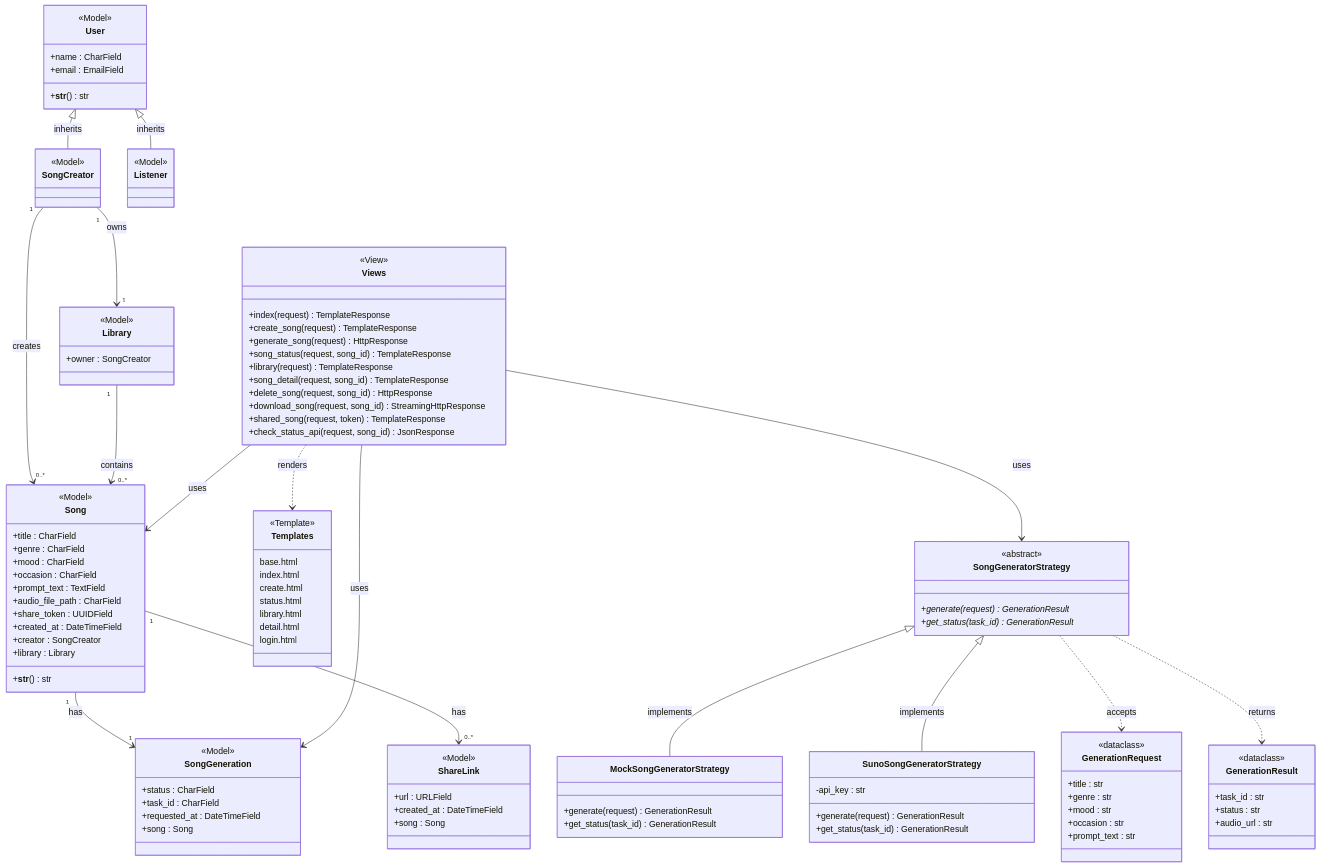
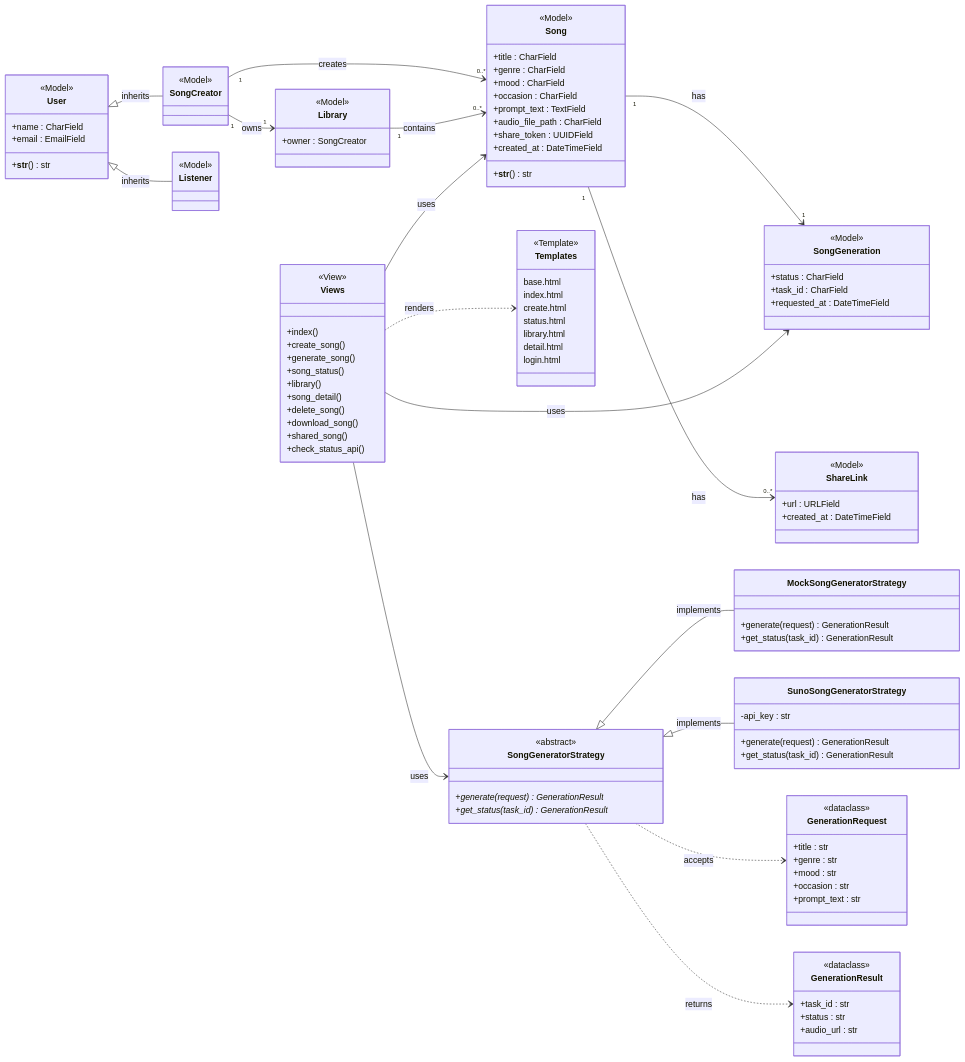
The diagram in README.md (BossPattadon/Cithara), drawn with Mermaid before and after one commit.

Commit message:
Update class diagram in README.md: adjust model definitions and improve formatting for clarity

````diff
--- a/README.md
+++ b/README.md
@@ -11,5 +11,7 @@
 ```mermaid
 classDiagram
+    direction LR
+
     %% ── Model Layer ──────────────────────────────────────────────────────────
     class User {
         <<Model>>
@@ -17,20 +19,16 @@
         +email : EmailField
         +__str__() str
     }
-
     class SongCreator {
         <<Model>>
     }
-
     class Listener {
         <<Model>>
     }
-
     class Library {
         <<Model>>
         +owner : SongCreator
     }
-
     class Song {
         <<Model>>
         +title : CharField
@@ -41,39 +39,33 @@
         +audio_file_path : CharField
         +share_token : UUIDField
         +created_at : DateTimeField
-        +creator : SongCreator
-        +library : Library
         +__str__() str
     }
-
-    class ShareLink {
-        <<Model>>
-        +url : URLField
-        +created_at : DateTimeField
-        +song : Song
-    }
-
     class SongGeneration {
         <<Model>>
         +status : CharField
         +task_id : CharField
         +requested_at : DateTimeField
-        +song : Song
+    }
+    class ShareLink {
+        <<Model>>
+        +url : URLField
+        +created_at : DateTimeField
     }
 
     %% ── View Layer ───────────────────────────────────────────────────────────
     class Views {
         <<View>>
-        +index(request) TemplateResponse
-        +create_song(request) TemplateResponse
-        +generate_song(request) HttpResponse
-        +song_status(request, song_id) TemplateResponse
-        +library(request) TemplateResponse
-        +song_detail(request, song_id) TemplateResponse
-        +delete_song(request, song_id) HttpResponse
-        +download_song(request, song_id) StreamingHttpResponse
-        +shared_song(request, token) TemplateResponse
-        +check_status_api(request, song_id) JsonResponse
+        +index()
+        +create_song()
+        +generate_song()
+        +song_status()
+        +library()
+        +song_detail()
+        +delete_song()
+        +download_song()
+        +shared_song()
+        +check_status_api()
     }
 
     %% ── Template Layer ───────────────────────────────────────────────────────
@@ -94,18 +86,15 @@
         +generate(request) GenerationResult*
         +get_status(task_id) GenerationResult*
     }
-
     class MockSongGeneratorStrategy {
         +generate(request) GenerationResult
         +get_status(task_id) GenerationResult
     }
-
     class SunoSongGeneratorStrategy {
         -api_key : str
         +generate(request) GenerationResult
         +get_status(task_id) GenerationResult
     }
-
     class GenerationRequest {
         <<dataclass>>
         +title : str
@@ -114,7 +103,6 @@
         +occasion : str
         +prompt_text : str
     }
-
     class GenerationResult {
         <<dataclass>>
         +task_id : str
````
